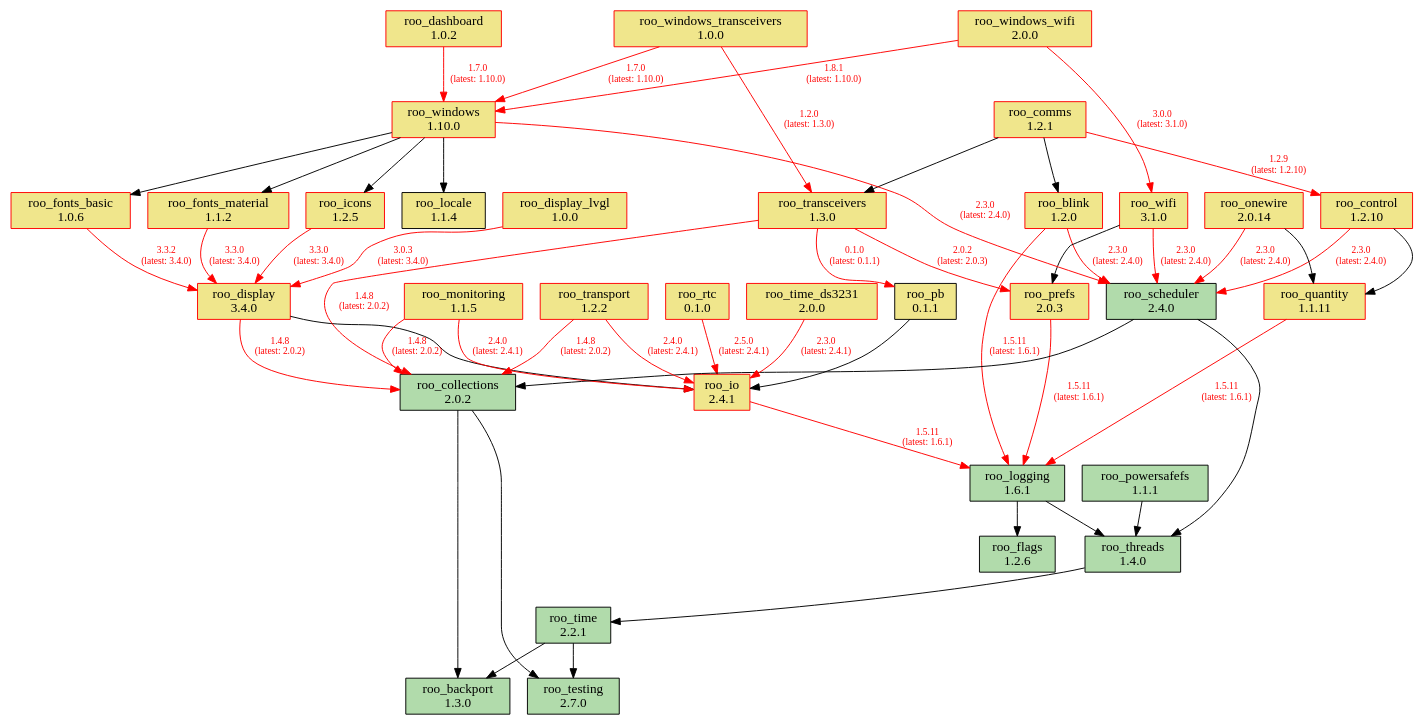
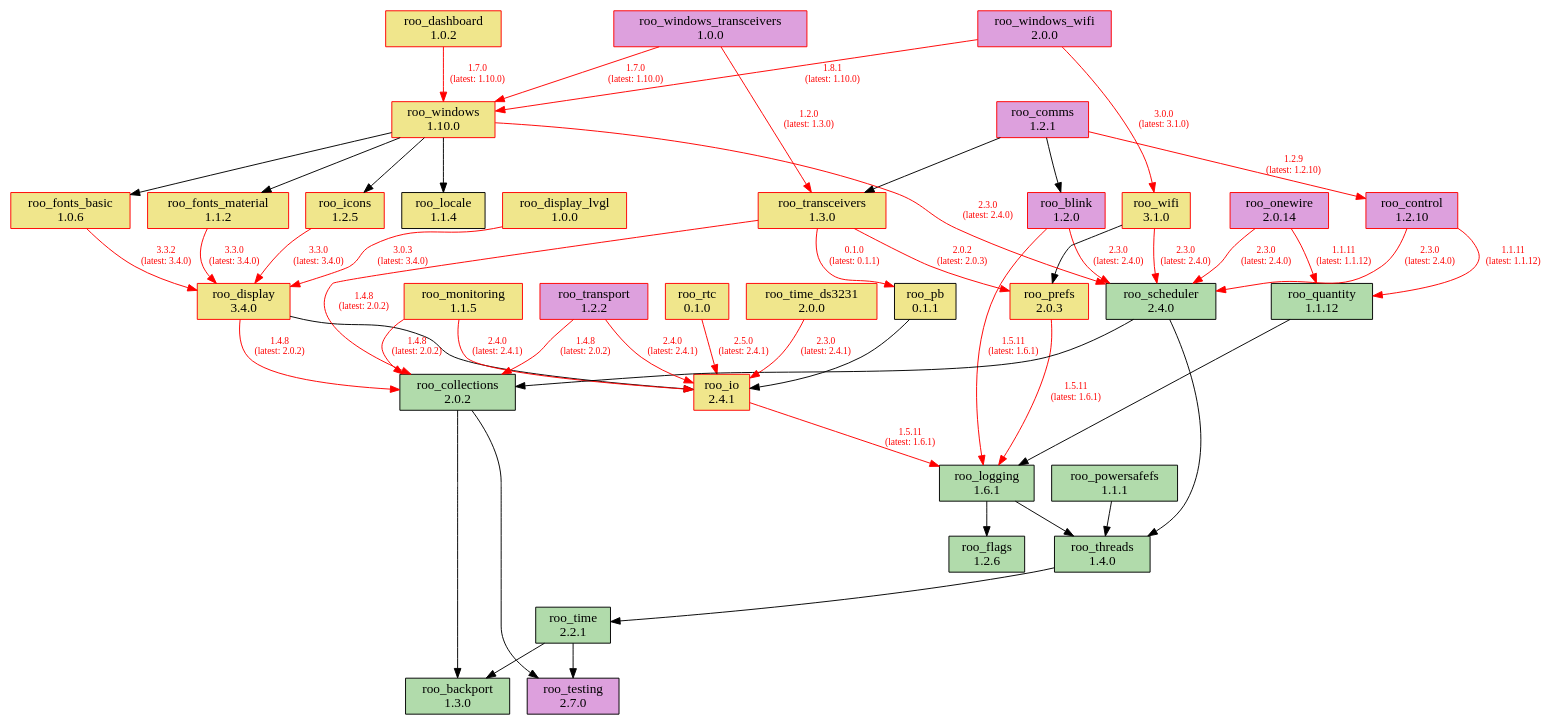
One commit to dejwk/roo-registry changed the diagram in doc/dependencies.dot. Above: the diagram before and after it, drawn with Graphviz. The commit also changed 3 other files, not shown here.

Commit message:
Added roo_quantity 1.1.12 to the registry.

```diff
--- a/doc/dependencies.dot
+++ b/doc/dependencies.dot
@@ -1,92 +1,92 @@
 digraph dependencies {
     rankdir=TB;
     node [shape=box, style=filled];
     edge [fontsize=10];
 
     // Modules
     "roo_backport" [label="roo_backport\n1.3.0", fillcolor="#b1dbab", color="black"];
-    "roo_blink" [label="roo_blink\n1.2.0", fillcolor="khaki", color="red"];
+    "roo_blink" [label="roo_blink\n1.2.0", fillcolor="plum", color="red"];
     "roo_collections" [label="roo_collections\n2.0.2", fillcolor="#b1dbab", color="black"];
-    "roo_comms" [label="roo_comms\n1.2.1", fillcolor="khaki", color="red"];
-    "roo_control" [label="roo_control\n1.2.10", fillcolor="khaki", color="red"];
+    "roo_comms" [label="roo_comms\n1.2.1", fillcolor="plum", color="red"];
+    "roo_control" [label="roo_control\n1.2.10", fillcolor="plum", color="red"];
     "roo_dashboard" [label="roo_dashboard\n1.0.2", fillcolor="khaki", color="red"];
     "roo_display" [label="roo_display\n3.4.0", fillcolor="khaki", color="red"];
     "roo_display_lvgl" [label="roo_display_lvgl\n1.0.0", fillcolor="khaki", color="red"];
     "roo_flags" [label="roo_flags\n1.2.6", fillcolor="#b1dbab", color="black"];
     "roo_fonts_basic" [label="roo_fonts_basic\n1.0.6", fillcolor="khaki", color="red"];
     "roo_fonts_material" [label="roo_fonts_material\n1.1.2", fillcolor="khaki", color="red"];
     "roo_icons" [label="roo_icons\n1.2.5", fillcolor="khaki", color="red"];
     "roo_io" [label="roo_io\n2.4.1", fillcolor="khaki", color="red"];
     "roo_locale" [label="roo_locale\n1.1.4", fillcolor="khaki", color="black"];
     "roo_logging" [label="roo_logging\n1.6.1", fillcolor="#b1dbab", color="black"];
     "roo_monitoring" [label="roo_monitoring\n1.1.5", fillcolor="khaki", color="red"];
-    "roo_onewire" [label="roo_onewire\n2.0.14", fillcolor="khaki", color="red"];
+    "roo_onewire" [label="roo_onewire\n2.0.14", fillcolor="plum", color="red"];
     "roo_pb" [label="roo_pb\n0.1.1", fillcolor="khaki", color="black"];
     "roo_powersafefs" [label="roo_powersafefs\n1.1.1", fillcolor="#b1dbab", color="black"];
     "roo_prefs" [label="roo_prefs\n2.0.3", fillcolor="khaki", color="red"];
-    "roo_quantity" [label="roo_quantity\n1.1.11", fillcolor="khaki", color="red"];
+    "roo_quantity" [label="roo_quantity\n1.1.12", fillcolor="#b1dbab", color="black"];
     "roo_rtc" [label="roo_rtc\n0.1.0", fillcolor="khaki", color="red"];
     "roo_scheduler" [label="roo_scheduler\n2.4.0", fillcolor="#b1dbab", color="black"];
-    "roo_testing" [label="roo_testing\n2.7.0", fillcolor="#b1dbab", color="black"];
+    "roo_testing" [label="roo_testing\n2.7.0", fillcolor="plum", color="black"];
     "roo_threads" [label="roo_threads\n1.4.0", fillcolor="#b1dbab", color="black"];
     "roo_time" [label="roo_time\n2.2.1", fillcolor="#b1dbab", color="black"];
     "roo_time_ds3231" [label="roo_time_ds3231\n2.0.0", fillcolor="khaki", color="red"];
     "roo_transceivers" [label="roo_transceivers\n1.3.0", fillcolor="khaki", color="red"];
-    "roo_transport" [label="roo_transport\n1.2.2", fillcolor="khaki", color="red"];
+    "roo_transport" [label="roo_transport\n1.2.2", fillcolor="plum", color="red"];
     "roo_wifi" [label="roo_wifi\n3.1.0", fillcolor="khaki", color="red"];
     "roo_windows" [label="roo_windows\n1.10.0", fillcolor="khaki", color="red"];
-    "roo_windows_transceivers" [label="roo_windows_transceivers\n1.0.0", fillcolor="khaki", color="red"];
-    "roo_windows_wifi" [label="roo_windows_wifi\n2.0.0", fillcolor="khaki", color="red"];
+    "roo_windows_transceivers" [label="roo_windows_transceivers\n1.0.0", fillcolor="plum", color="red"];
+    "roo_windows_wifi" [label="roo_windows_wifi\n2.0.0", fillcolor="plum", color="red"];
 
     // Dependencies
     "roo_blink" -> "roo_logging" [color=red, fontcolor=red, label="1.5.11\n(latest: 1.6.1)"];
     "roo_blink" -> "roo_scheduler" [color=red, fontcolor=red, label="2.3.0\n(latest: 2.4.0)"];
     "roo_collections" -> "roo_testing";
     "roo_collections" -> "roo_backport";
     "roo_comms" -> "roo_blink";
     "roo_comms" -> "roo_control" [color=red, fontcolor=red, label="1.2.9\n(latest: 1.2.10)"];
     "roo_comms" -> "roo_transceivers";
-    "roo_control" -> "roo_quantity";
+    "roo_control" -> "roo_quantity" [color=red, fontcolor=red, label="1.1.11\n(latest: 1.1.12)"];
     "roo_control" -> "roo_scheduler" [color=red, fontcolor=red, label="2.3.0\n(latest: 2.4.0)"];
     "roo_dashboard" -> "roo_windows" [color=red, fontcolor=red, label="1.7.0\n(latest: 1.10.0)"];
     "roo_display" -> "roo_collections" [color=red, fontcolor=red, label="1.4.8\n(latest: 2.0.2)"];
     "roo_display" -> "roo_io";
     "roo_display_lvgl" -> "roo_display" [color=red, fontcolor=red, label="3.0.3\n(latest: 3.4.0)"];
     "roo_fonts_basic" -> "roo_display" [color=red, fontcolor=red, label="3.3.2\n(latest: 3.4.0)"];
     "roo_fonts_material" -> "roo_display" [color=red, fontcolor=red, label="3.3.0\n(latest: 3.4.0)"];
     "roo_icons" -> "roo_display" [color=red, fontcolor=red, label="3.3.0\n(latest: 3.4.0)"];
     "roo_io" -> "roo_logging" [color=red, fontcolor=red, label="1.5.11\n(latest: 1.6.1)"];
     "roo_logging" -> "roo_flags";
     "roo_logging" -> "roo_threads";
     "roo_monitoring" -> "roo_collections" [color=red, fontcolor=red, label="1.4.8\n(latest: 2.0.2)"];
     "roo_monitoring" -> "roo_io" [color=red, fontcolor=red, label="2.4.0\n(latest: 2.4.1)"];
     "roo_onewire" -> "roo_scheduler" [color=red, fontcolor=red, label="2.3.0\n(latest: 2.4.0)"];
-    "roo_onewire" -> "roo_quantity";
+    "roo_onewire" -> "roo_quantity" [color=red, fontcolor=red, label="1.1.11\n(latest: 1.1.12)"];
     "roo_pb" -> "roo_io";
     "roo_powersafefs" -> "roo_threads";
     "roo_prefs" -> "roo_logging" [color=red, fontcolor=red, label="1.5.11\n(latest: 1.6.1)"];
-    "roo_quantity" -> "roo_logging" [color=red, fontcolor=red, label="1.5.11\n(latest: 1.6.1)"];
+    "roo_quantity" -> "roo_logging";
     "roo_rtc" -> "roo_io" [color=red, fontcolor=red, label="2.5.0\n(latest: 2.4.1)"];
     "roo_scheduler" -> "roo_collections";
     "roo_scheduler" -> "roo_threads";
     "roo_threads" -> "roo_time";
     "roo_time" -> "roo_testing";
     "roo_time" -> "roo_backport";
     "roo_time_ds3231" -> "roo_io" [color=red, fontcolor=red, label="2.3.0\n(latest: 2.4.1)"];
     "roo_transceivers" -> "roo_pb" [color=red, fontcolor=red, label="0.1.0\n(latest: 0.1.1)"];
     "roo_transceivers" -> "roo_collections" [color=red, fontcolor=red, label="1.4.8\n(latest: 2.0.2)"];
     "roo_transceivers" -> "roo_prefs" [color=red, fontcolor=red, label="2.0.2\n(latest: 2.0.3)"];
     "roo_transport" -> "roo_collections" [color=red, fontcolor=red, label="1.4.8\n(latest: 2.0.2)"];
     "roo_transport" -> "roo_io" [color=red, fontcolor=red, label="2.4.0\n(latest: 2.4.1)"];
     "roo_wifi" -> "roo_prefs";
     "roo_wifi" -> "roo_scheduler" [color=red, fontcolor=red, label="2.3.0\n(latest: 2.4.0)"];
     "roo_windows" -> "roo_fonts_basic";
     "roo_windows" -> "roo_fonts_material";
     "roo_windows" -> "roo_locale";
     "roo_windows" -> "roo_icons";
     "roo_windows" -> "roo_scheduler" [color=red, fontcolor=red, label="2.3.0\n(latest: 2.4.0)"];
     "roo_windows_transceivers" -> "roo_transceivers" [color=red, fontcolor=red, label="1.2.0\n(latest: 1.3.0)"];
     "roo_windows_transceivers" -> "roo_windows" [color=red, fontcolor=red, label="1.7.0\n(latest: 1.10.0)"];
     "roo_windows_wifi" -> "roo_wifi" [color=red, fontcolor=red, label="3.0.0\n(latest: 3.1.0)"];
     "roo_windows_wifi" -> "roo_windows" [color=red, fontcolor=red, label="1.8.1\n(latest: 1.10.0)"];
 }
```
